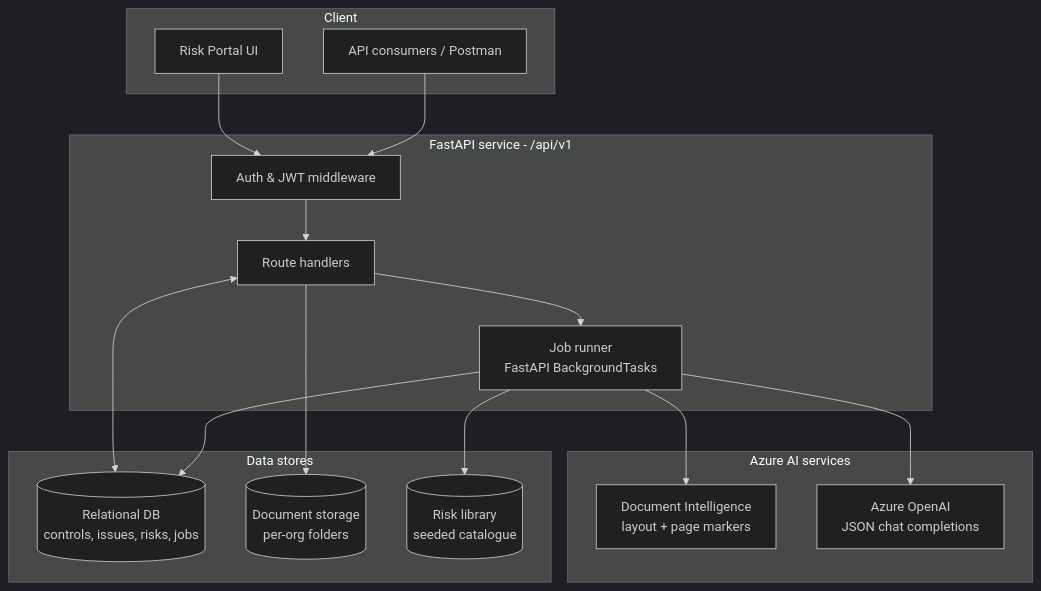
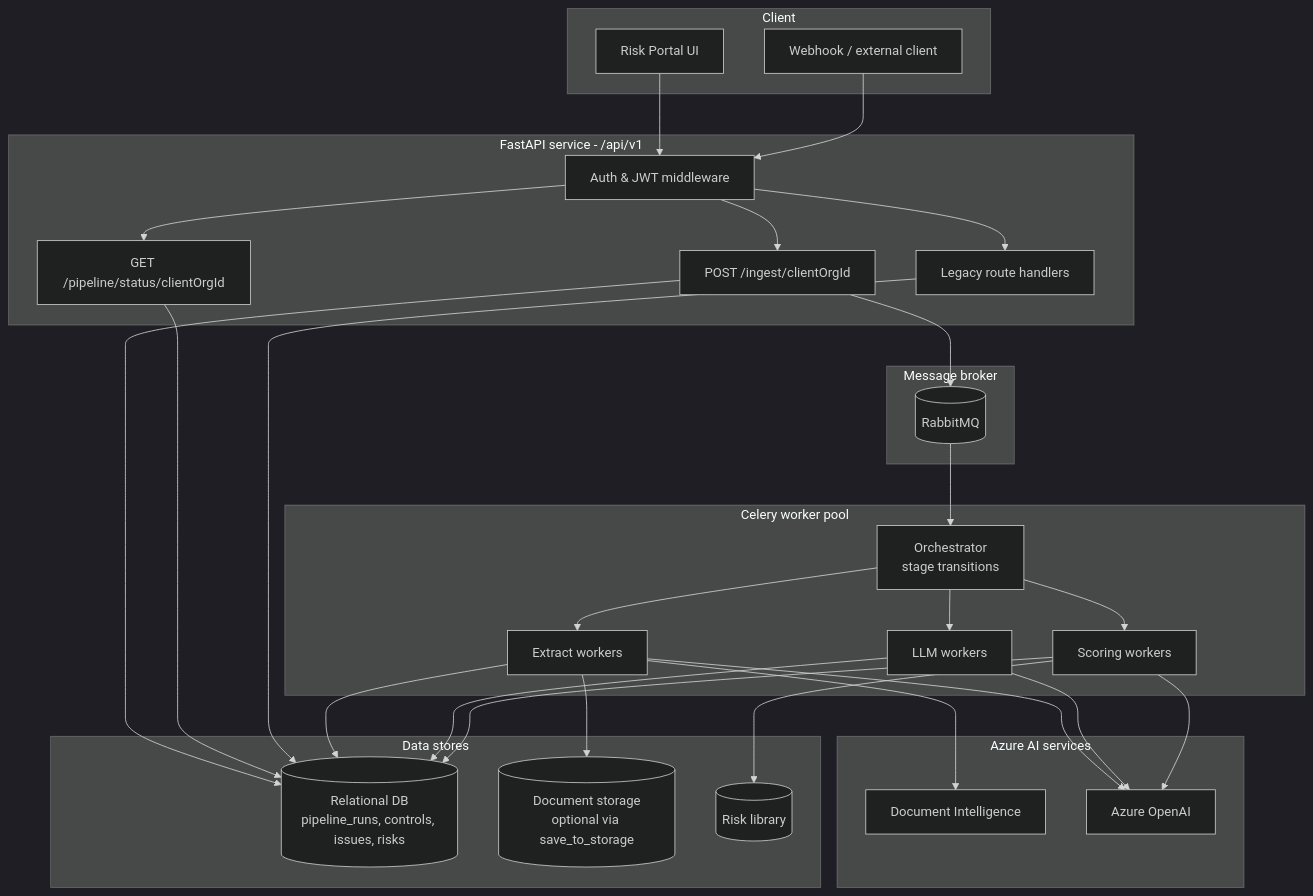
One commit to datahub-admin-cd/iso-robot changed the first of 2 diagrams in mint-docs/process/architecture.mdx. Above: the diagram before and after it, drawn with Mermaid (dark theme). The commit also changed other lines of this file and 10 other files, not shown here.

````diff
--- a/mint-docs/process/architecture.mdx
+++ b/mint-docs/process/architecture.mdx
@@ -20,35 +21,50 @@
 ```mermaid
 flowchart TD
     subgraph Client
       UI[Risk Portal UI]
-      PM[API consumers / Postman]
+      WH[Webhook / external client]
     end
 
     subgraph API[FastAPI service - /api/v1]
       AUTH[Auth & JWT middleware]
-      H[Route handlers]
-      JOBS[Job runner<br/>FastAPI BackgroundTasks]
+      ING[POST /ingest/clientOrgId]
+      STS[GET /pipeline/status/clientOrgId]
+      H[Legacy route handlers]
+    end
+
+    subgraph Broker[Message broker]
+      RMQ[(RabbitMQ)]
+    end
+
+    subgraph Workers[Celery worker pool]
+      ORCH[Orchestrator<br/>stage transitions]
+      W_EXT[Extract workers]
+      W_LLM[LLM workers]
+      W_SC[Scoring workers]
     end
 
     subgraph AI[Azure AI services]
-      DI[Document Intelligence<br/>layout + page markers]
-      LLM[Azure OpenAI<br/>JSON chat completions]
+      DI[Document Intelligence]
+      LLM[Azure OpenAI]
     end
 
     subgraph Data[Data stores]
-      DB[(Relational DB<br/>controls, issues, risks, jobs)]
-      FS[(Document storage<br/>per-org folders)]
-      LIB[(Risk library<br/>seeded catalogue)]
+      DB[(Relational DB<br/>pipeline_runs, controls, issues, risks)]
+      FS[(Document storage<br/>optional via save_to_storage)]
+      LIB[(Risk library)]
     end
 
     UI --> AUTH
-    PM --> AUTH
-    AUTH --> H
-    H --> JOBS
-    H <--> DB
-    H --> FS
-    JOBS --> DI
-    JOBS --> LLM
-    JOBS --> DB
-    JOBS --> LIB
+    WH --> AUTH
+    AUTH --> ING & STS & H
+    ING --> DB
+    ING --> RMQ
+    STS --> DB
+    H --> DB
+
+    RMQ --> ORCH
+    ORCH --> W_EXT & W_LLM & W_SC
+    W_EXT --> DI & LLM & DB & FS
+    W_LLM --> LLM & DB
+    W_SC --> LLM & DB & LIB
 ```
````
